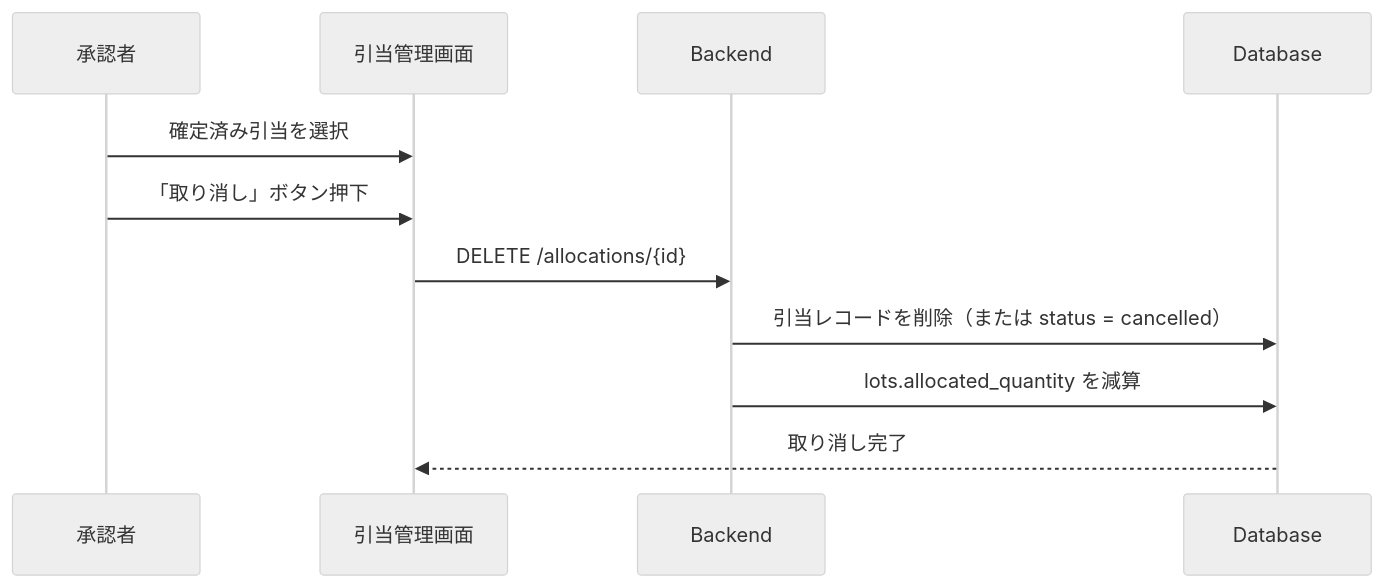
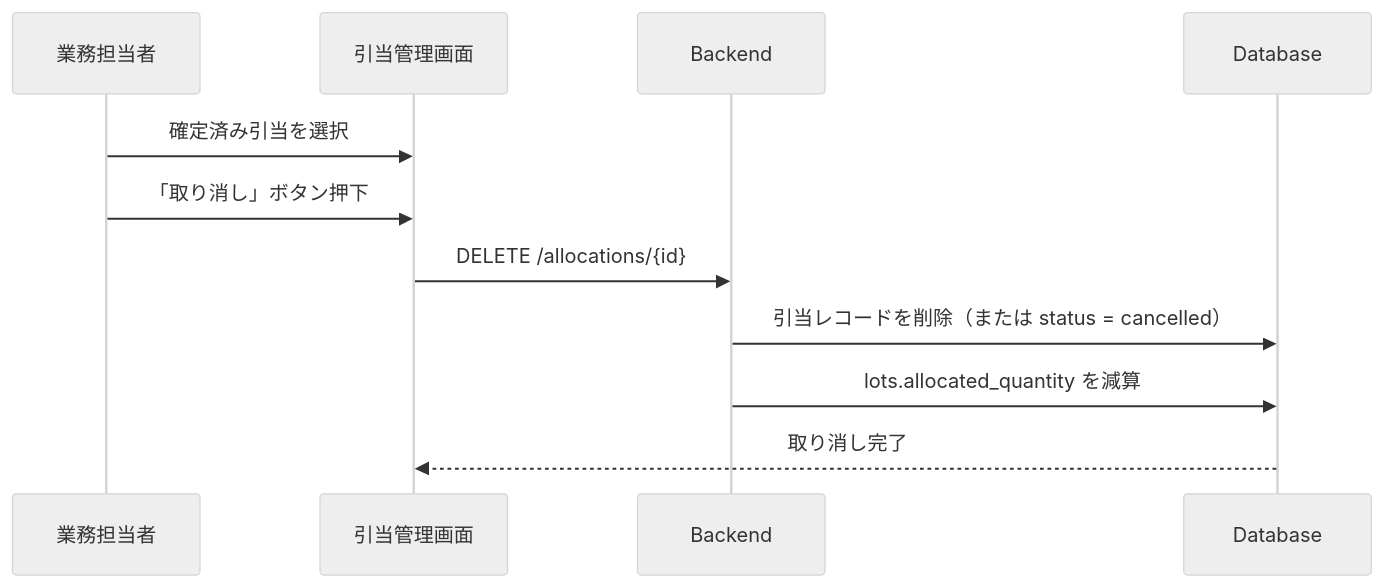
One commit to cybons-lab/lot-management-system changed the third of 6 diagrams in docs/designs/hard_allocation_design.md. Above: the diagram before and after it, drawn with Mermaid (neutral theme). The commit also changed other lines of this file, not shown here.

First line of the commit message:
docs: update Hard Allocation design based on user feedback

````diff
--- a/docs/designs/hard_allocation_design.md
+++ b/docs/designs/hard_allocation_design.md
@@ -76,14 +76,14 @@
 ```mermaid
 sequenceDiagram
-    participant User as 承認者
+    participant User as 業務担当者
     participant UI as 引当管理画面
     participant API as Backend
     participant DB as Database
 
     User->>UI: 確定済み引当を選択
     User->>UI: 「取り消し」ボタン押下
     UI->>API: DELETE /allocations/{id}
     API->>DB: 引当レコードを削除（または status = cancelled）
     API->>DB: lots.allocated_quantity を減算
     DB-->>UI: 取り消し完了
 ```
````
